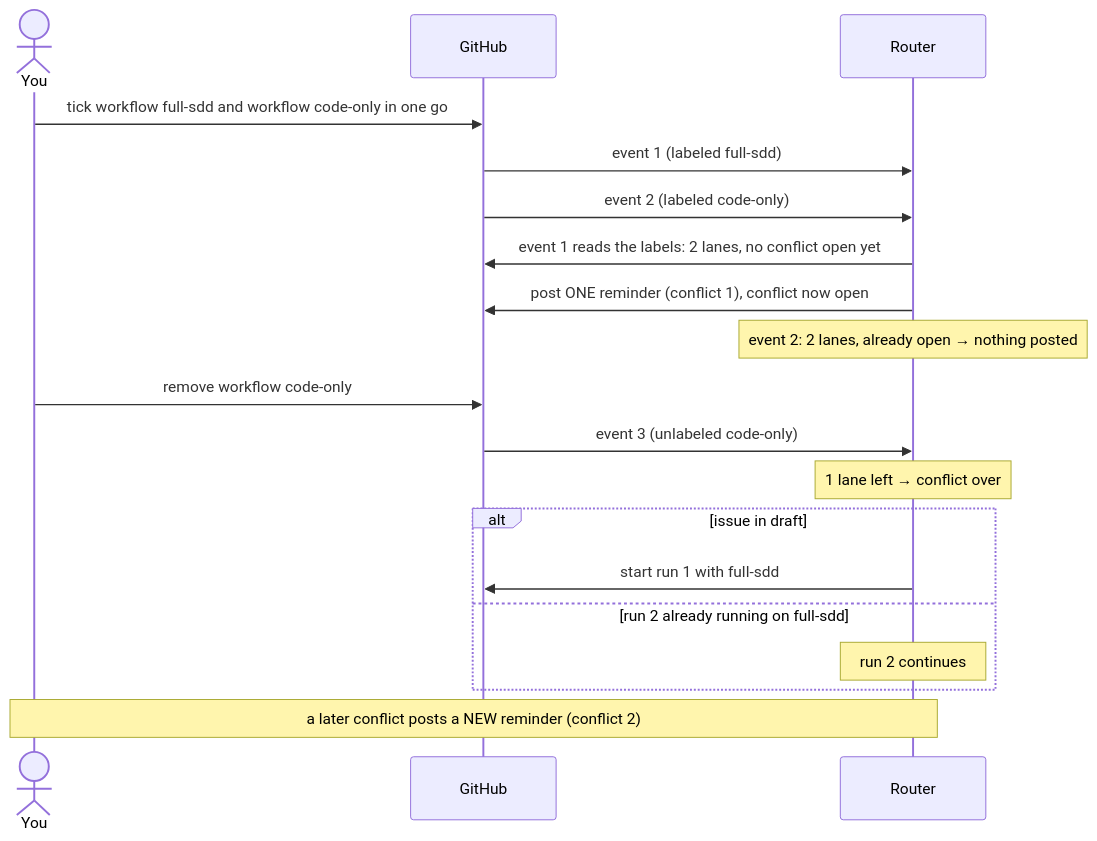
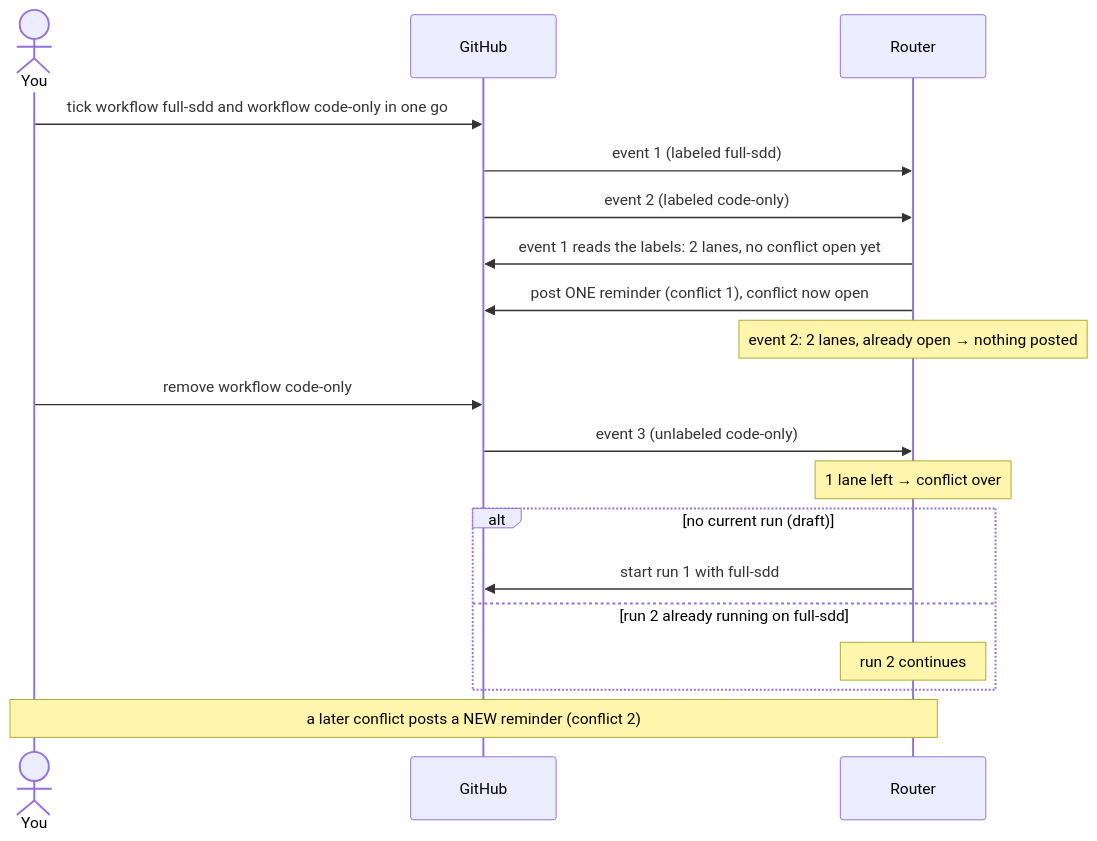
Before and after one commit to Hugoer/sdd-agent: the fourth of 6 diagrams in docs/specs/spec-github-agent-router-session-lease.md, drawn with Mermaid. The commit also changed other lines of this file and 2 other files, not shown here.

````diff
--- a/docs/specs/spec-github-agent-router-session-lease.md
+++ b/docs/specs/spec-github-agent-router-session-lease.md
@@ -403,22 +433,22 @@
 ```mermaid
 sequenceDiagram
     actor U as You
     participant GH as GitHub
     participant R as Router
 
     U->>GH: tick workflow full-sdd and workflow code-only in one go
     GH->>R: event 1 (labeled full-sdd)
     GH->>R: event 2 (labeled code-only)
     R->>GH: event 1 reads the labels: 2 lanes, no conflict open yet
     R->>GH: post ONE reminder (conflict 1), conflict now open
     Note over R: event 2: 2 lanes, already open → nothing posted
     U->>GH: remove workflow code-only
     GH->>R: event 3 (unlabeled code-only)
     Note over R: 1 lane left → conflict over
-    alt issue in draft
+    alt no current run (draft)
         R->>GH: start run 1 with full-sdd
     else run 2 already running on full-sdd
         Note over R: run 2 continues
     end
     Note over U,R: a later conflict posts a NEW reminder (conflict 2)
 ```
````
